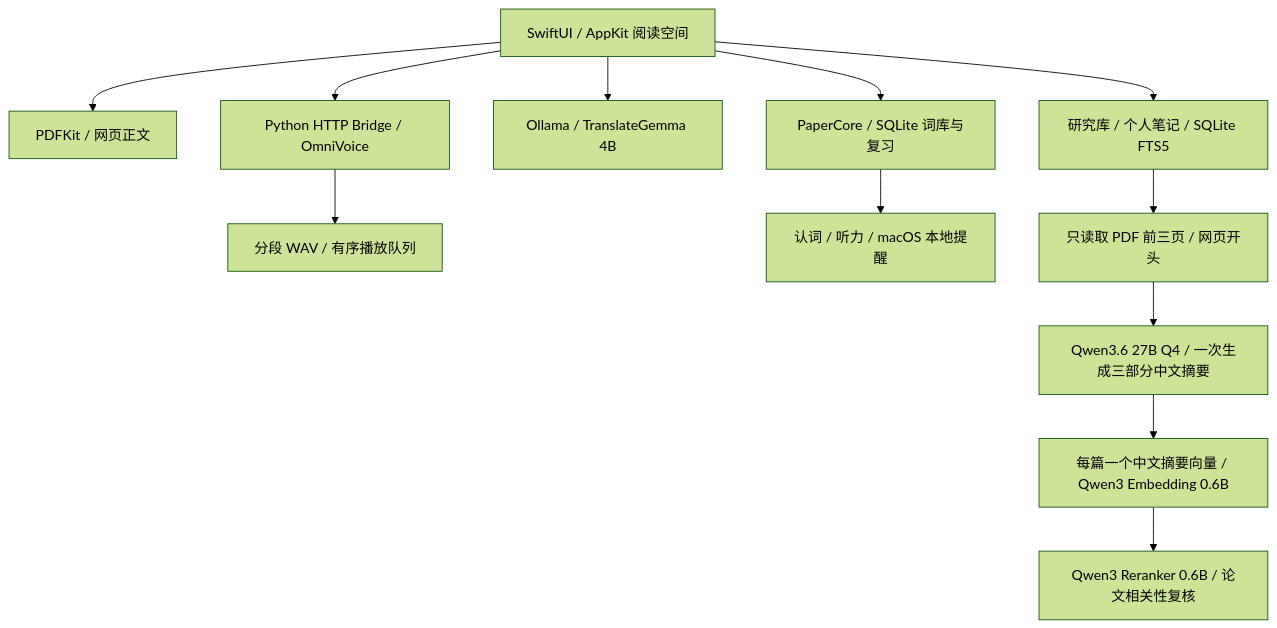
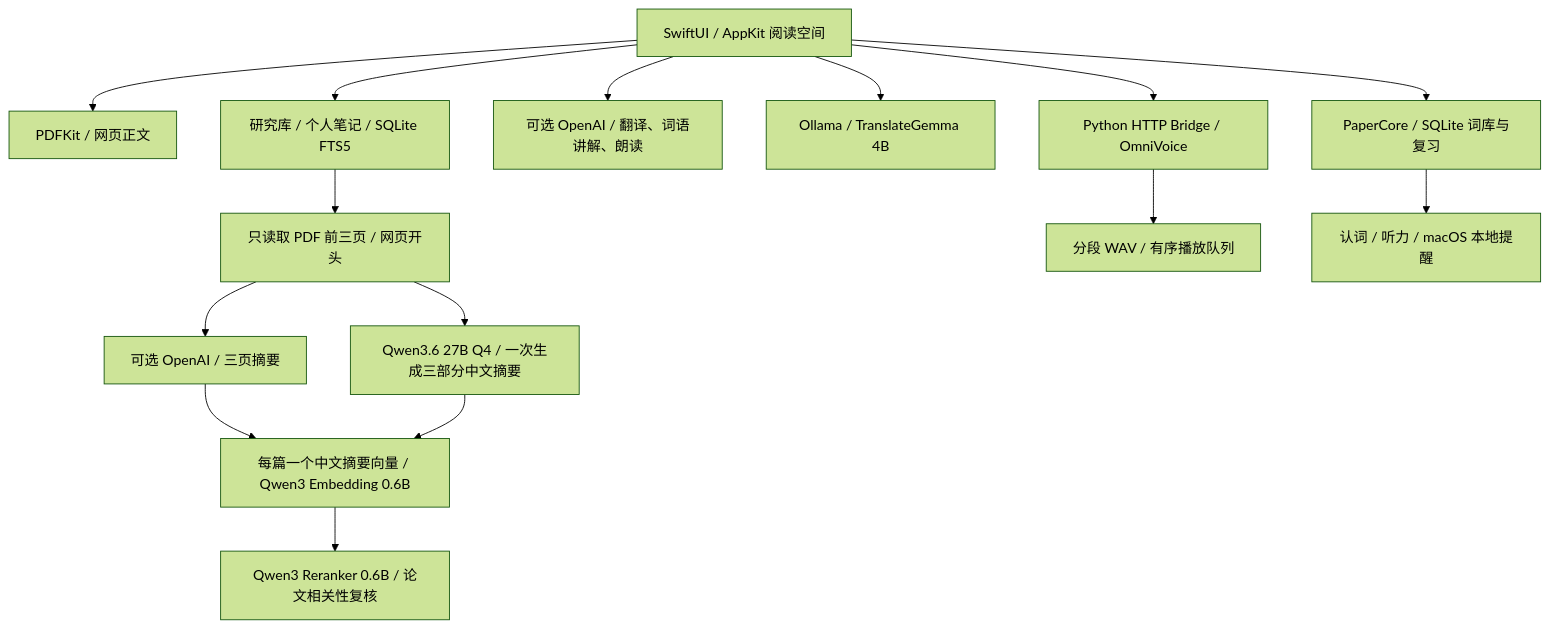
One commit to yuan1615/PaperLingo changed the diagram in README.md. Above: the diagram before and after it, drawn with Mermaid (forest theme). The commit also changed other lines of this file and 29 other files, not shown here.

````diff
--- a/README.md
+++ b/README.md
@@ -125,14 +140,17 @@
 ```mermaid
 flowchart TD
     Reader[SwiftUI / AppKit 阅读空间] --> PDF[PDFKit / 网页正文]
     Reader --> Store[PaperCore / SQLite 词库与复习]
+    Reader --> Cloud[可选 OpenAI / 翻译、词语讲解、朗读]
+    Opening --> CloudSummary[可选 OpenAI / 三页摘要]
+    CloudSummary --> Retrieval
     Reader --> Translator[Ollama / TranslateGemma 4B]
     Reader --> Speech[Python HTTP Bridge / OmniVoice]
     Speech --> Audio[分段 WAV / 有序播放队列]
     Store --> Review[认词 / 听力 / macOS 本地提醒]
     Reader --> Library[研究库 / 个人笔记 / SQLite FTS5]
     Library --> Opening[只读取 PDF 前三页 / 网页开头]
     Opening --> Digest[Qwen3.6 27B Q4 / 一次生成三部分中文摘要]
     Digest --> Retrieval[每篇一个中文摘要向量 / Qwen3 Embedding 0.6B]
     Retrieval --> Reranker[Qwen3 Reranker 0.6B / 论文相关性复核]
 ```
````
